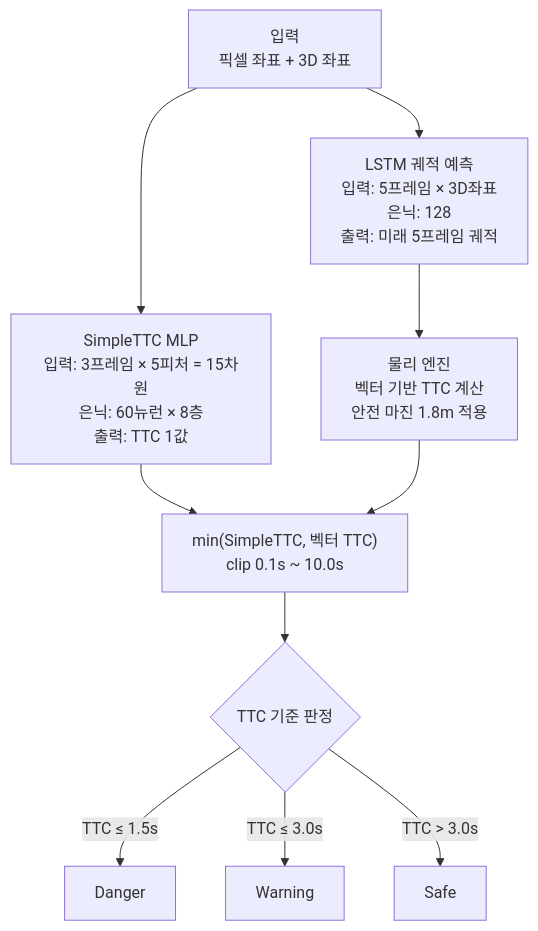
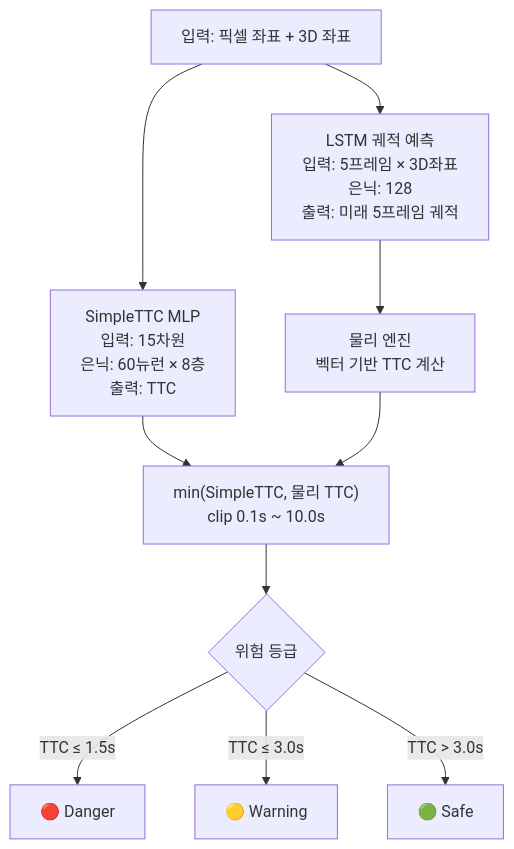
Before and after one commit to MinSeokPark-hub/trajectory-prediction: the third of 3 diagrams in README.md, drawn with Mermaid. The commit also changed other lines of this file, not shown here.

````diff
--- a/README.md
+++ b/README.md
@@ -89,17 +103,17 @@
 ```mermaid
 graph TD
-    A["입력\n픽셀 좌표 + 3D 좌표"]
+    A["입력: 픽셀 좌표 + 3D 좌표"]
 
-    A --> B["SimpleTTC MLP\n입력: 3프레임 × 5피처 = 15차원\n은닉: 60뉴런 × 8층\n출력: TTC 1값"]
+    A --> B["SimpleTTC MLP\n입력: 15차원\n은닉: 60뉴런 × 8층\n출력: TTC"]
 
     A --> C["LSTM 궤적 예측\n입력: 5프레임 × 3D좌표\n은닉: 128\n출력: 미래 5프레임 궤적"]
-    C --> D["물리 엔진\n벡터 기반 TTC 계산\n안전 마진 1.8m 적용"]
+    C --> D["물리 엔진\n벡터 기반 TTC 계산"]
 
-    B --> E["min(SimpleTTC, 벡터 TTC)\nclip 0.1s ~ 10.0s"]
+    B --> E["min(SimpleTTC, 물리 TTC)\nclip 0.1s ~ 10.0s"]
     D --> E
 
-    E --> F{TTC 기준 판정}
-    F -->|TTC ≤ 1.5s| G[Danger]
-    F -->|TTC ≤ 3.0s| H[Warning]
-    F -->|TTC > 3.0s| I[Safe]
+    E --> F{위험 등급}
+    F -->|TTC ≤ 1.5s| G[🔴 Danger]
+    F -->|TTC ≤ 3.0s| H[🟡 Warning]
+    F -->|TTC > 3.0s| I[🟢 Safe]
 ```
````
